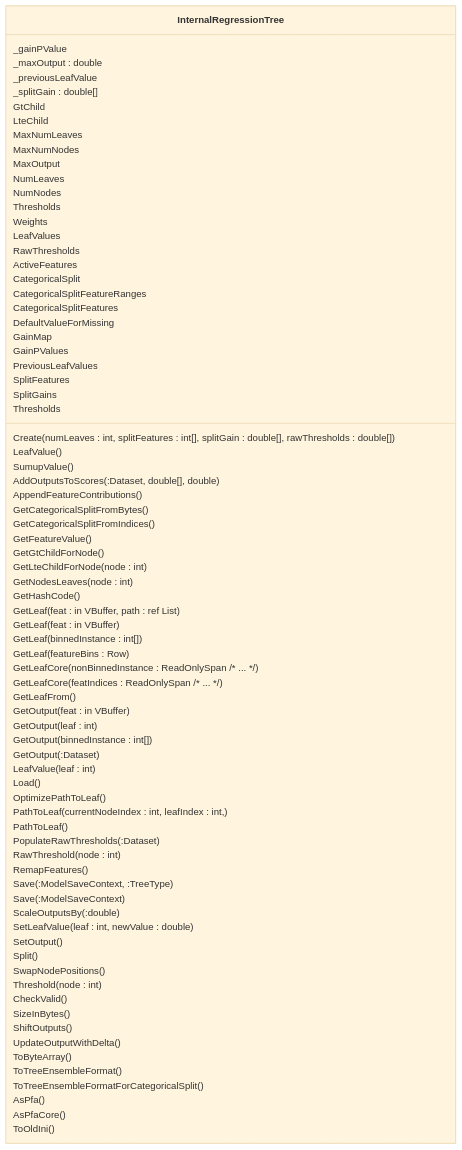
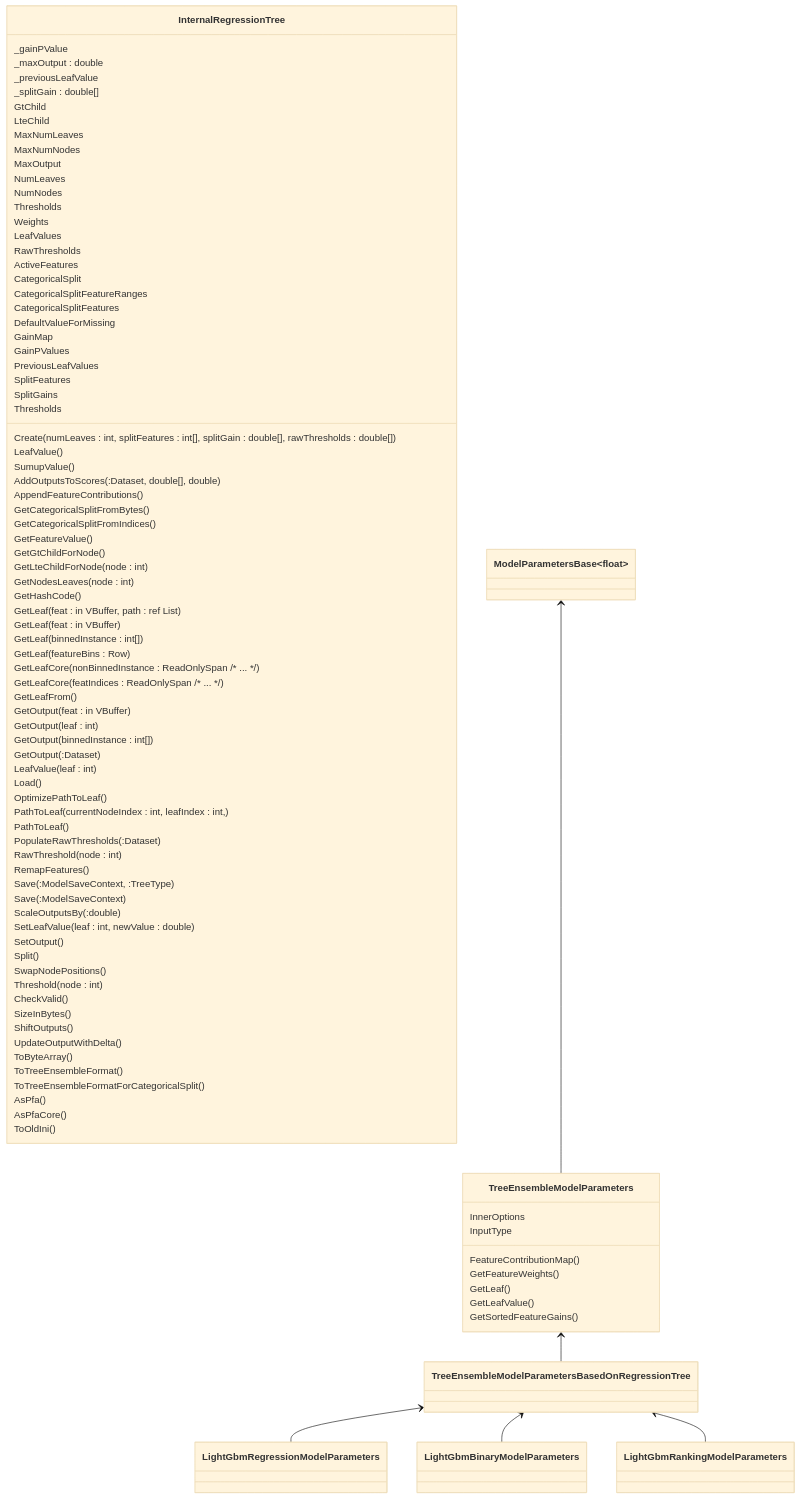
One commit to rgesteve/mlnetarchdiagrams changed the diagram in class_fasttree.mmd. Above: the diagram before and after it, drawn with Mermaid (base theme).

Commit message:
Add ModelParameters tree (as it pertains to LGBM)

```diff
--- a/class_fasttree.mmd
+++ b/class_fasttree.mmd
@@ -1,78 +1,98 @@
 classDiagram 
     class InternalRegressionTree {
         _gainPValue
         _maxOutput : double
         _previousLeafValue
         _splitGain : double[]
         GtChild
         LteChild
         MaxNumLeaves
         MaxNumNodes
         MaxOutput 
         NumLeaves 
         NumNodes 
         Thresholds
         Weights
         LeafValues
         RawThresholds 
         ActiveFeatures
         CategoricalSplit
         CategoricalSplitFeatureRanges
         CategoricalSplitFeatures
         DefaultValueForMissing
         GainMap 
         GainPValues
         PreviousLeafValues
         SplitFeatures 
         SplitGains
         Thresholds
         Create(numLeaves : int, splitFeatures : int[], splitGain : double[], rawThresholds : double[])
         LeafValue()
         SumupValue()
         AddOutputsToScores(:Dataset, double[], double)
         AppendFeatureContributions()
         GetCategoricalSplitFromBytes()
         GetCategoricalSplitFromIndices()
         GetFeatureValue()
         GetGtChildForNode()
         GetLteChildForNode(node : int)
         GetNodesLeaves(node : int)
         GetHashCode()
         GetLeaf(feat : in VBuffer<float>, path : ref List<int>)
         GetLeaf(feat : in VBuffer<float>)
         GetLeaf(binnedInstance : int[])
         GetLeaf(featureBins : Row)
         GetLeafCore(nonBinnedInstance : ReadOnlySpan<float> /* ... */)
         GetLeafCore(featIndices : ReadOnlySpan<int> /* ... */)
         GetLeafFrom()
         GetOutput(feat : in VBuffer<float>)
         GetOutput(leaf : int)
         GetOutput(binnedInstance : int[])
         GetOutput(:Dataset)
         LeafValue(leaf : int)
         Load()
         OptimizePathToLeaf()
         PathToLeaf(currentNodeIndex : int, leafIndex : int, )
         PathToLeaf()
         PopulateRawThresholds(:Dataset)
         RawThreshold(node : int)
         RemapFeatures()
         Save(:ModelSaveContext, :TreeType)
         Save(:ModelSaveContext)
         ScaleOutputsBy(:double)
         SetLeafValue(leaf : int, newValue : double)
         SetOutput()
         Split()
         SwapNodePositions()
         Threshold(node : int)
         CheckValid()
         SizeInBytes()
         ShiftOutputs()
         UpdateOutputWithDelta()
         ToByteArray()
         ToTreeEnsembleFormat()
         ToTreeEnsembleFormatForCategoricalSplit()
         AsPfa()
         AsPfaCore()
         ToOldIni()
     }
+
+    class ModelParametersBase~float~
+    class TreeEnsembleModelParameters {
+        InnerOptions
+        InputType
+        FeatureContributionMap()
+        GetFeatureWeights()
+        GetLeaf()
+        GetLeafValue()
+        GetSortedFeatureGains()
+    }
+    class TreeEnsembleModelParametersBasedOnRegressionTree
+    class LightGbmRegressionModelParameters
+    class LightGbmBinaryModelParameters
+    class LightGbmRankingModelParameters
+    ModelParametersBase~float~ <-- TreeEnsembleModelParameters
+    TreeEnsembleModelParameters <-- TreeEnsembleModelParametersBasedOnRegressionTree
+    TreeEnsembleModelParametersBasedOnRegressionTree <-- LightGbmRegressionModelParameters
+    TreeEnsembleModelParametersBasedOnRegressionTree <-- LightGbmBinaryModelParameters
+    TreeEnsembleModelParametersBasedOnRegressionTree <-- LightGbmRankingModelParameters
```
